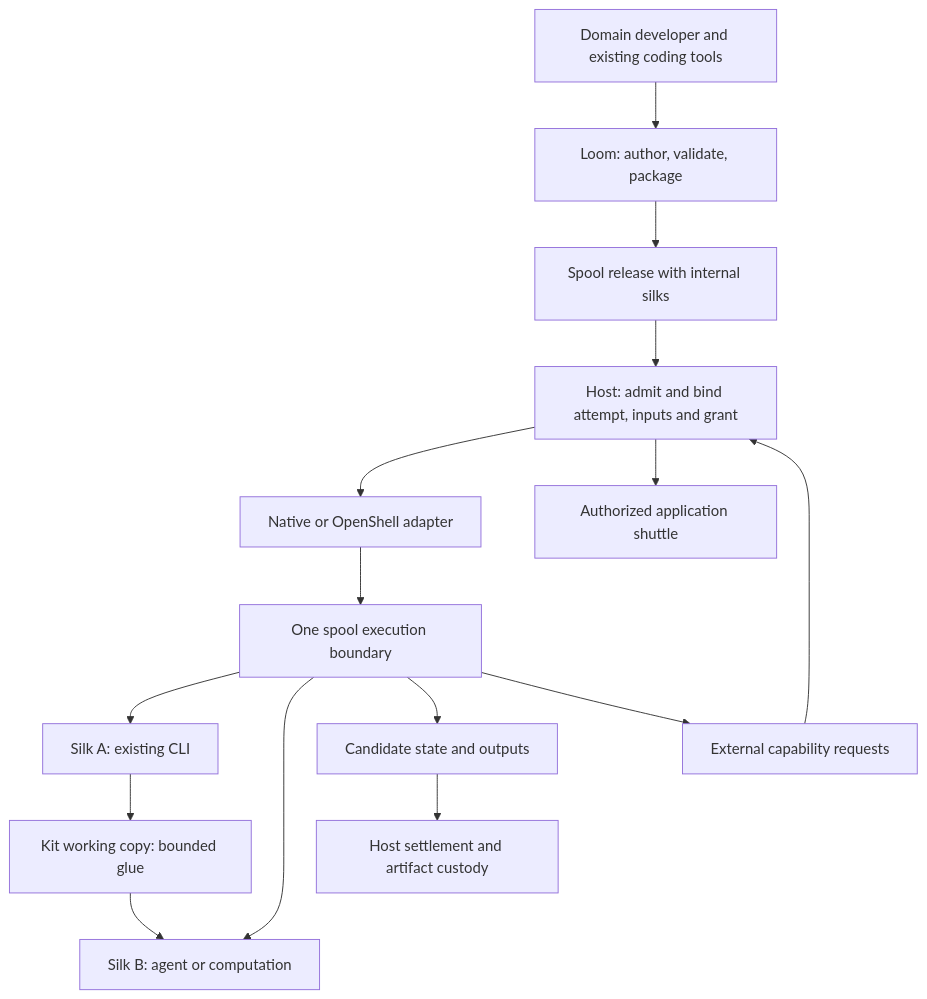
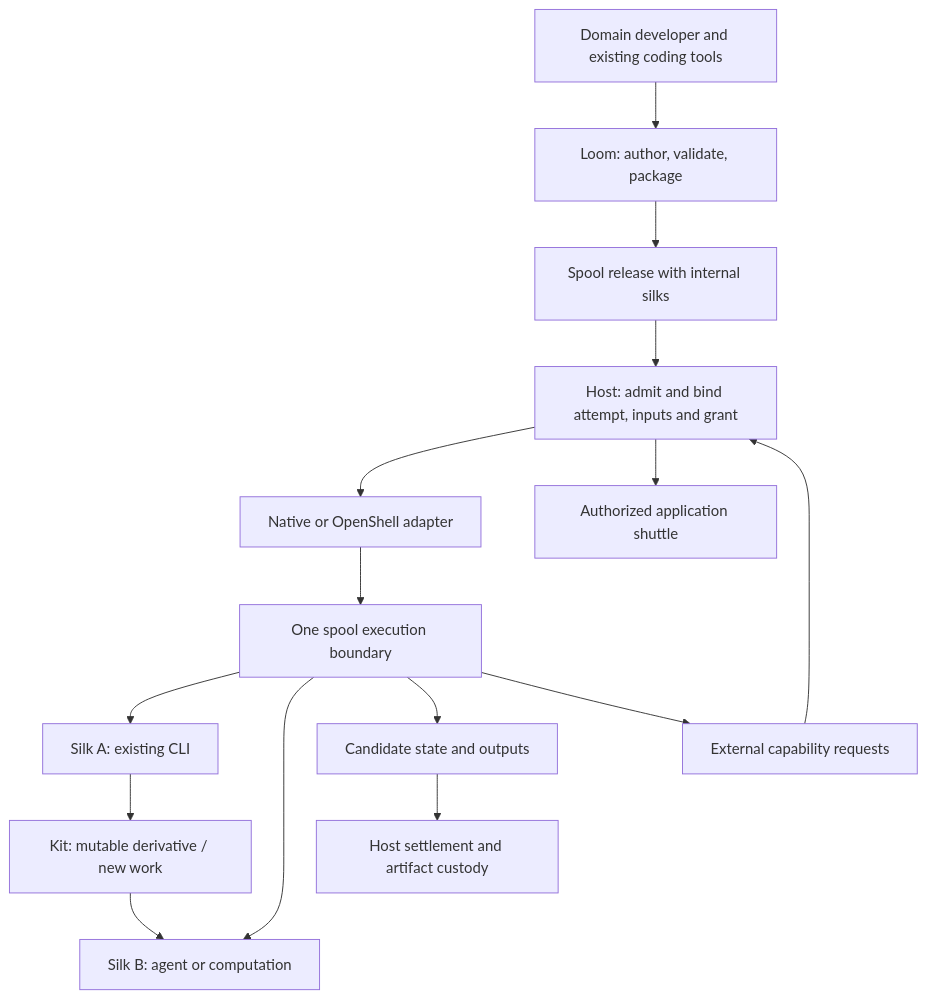
One commit to lazyalexander/an-loom changed the diagram in docs/spool-boundary.md. Above: the diagram before and after it, drawn with Mermaid. The commit also changed other lines of this file and 13 other files, not shown here.

````diff
--- a/docs/spool-boundary.md
+++ b/docs/spool-boundary.md
@@ -32,17 +29,17 @@
 ```mermaid
 flowchart TB
     Expert[Domain developer and existing coding tools] --> Loom[Loom: author, validate, package]
     Loom --> Release[Spool release with internal silks]
     Release --> Host[Host: admit and bind attempt, inputs and grant]
     Host --> Backend[Native or OpenShell adapter]
     Backend --> Spool[One spool execution boundary]
     Spool --> A[Silk A: existing CLI]
     Spool --> B[Silk B: agent or computation]
-    A --> K[Kit working copy: bounded glue]
+    A --> K[Kit: mutable derivative / new work]
     K --> B
     Spool --> Candidates[Candidate state and outputs]
     Candidates --> Custody[Host settlement and artifact custody]
     Spool --> Requests[External capability requests]
     Requests --> Host
     Host --> Shuttle[Authorized application shuttle]
 ```
````
